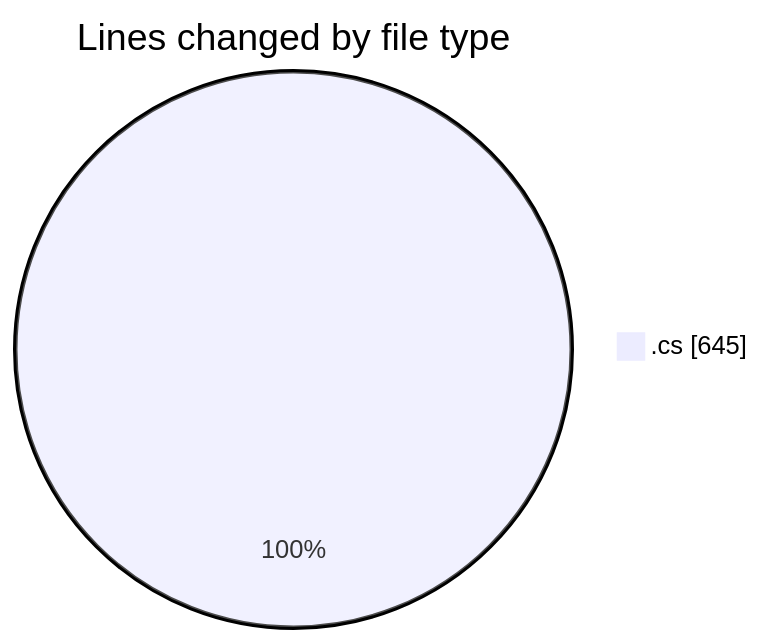
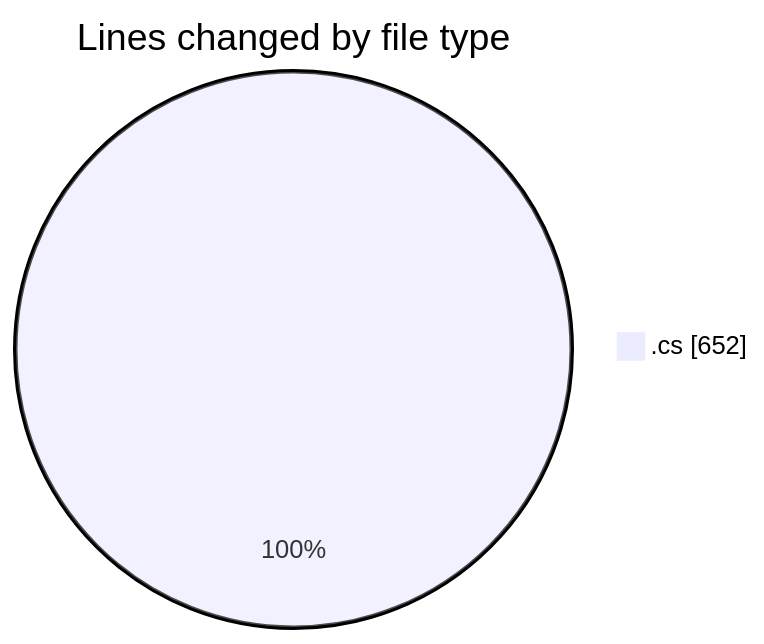
Before and after one commit to Netris89/code-tracking: the first of 2 diagrams in 2025-03-13/back-end/README.md, drawn with Mermaid. The commit also changed other lines of this file and 1 other file, not shown here.

````diff
--- a/2025-03-13/back-end/README.md
+++ b/2025-03-13/back-end/README.md
@@ -26,5 +26,5 @@
 ```mermaid
 pie showData
 title Lines changed by file type
-".cs" : 645
+".cs" : 652
 ```
````
